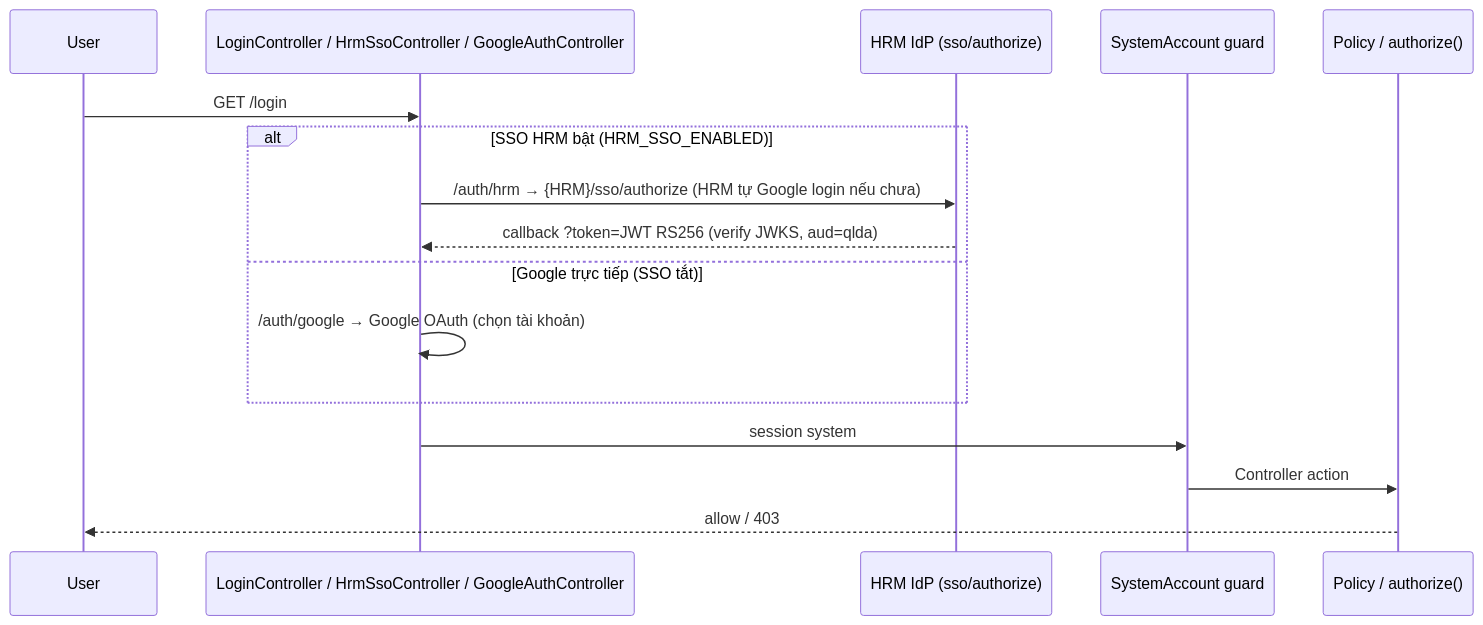
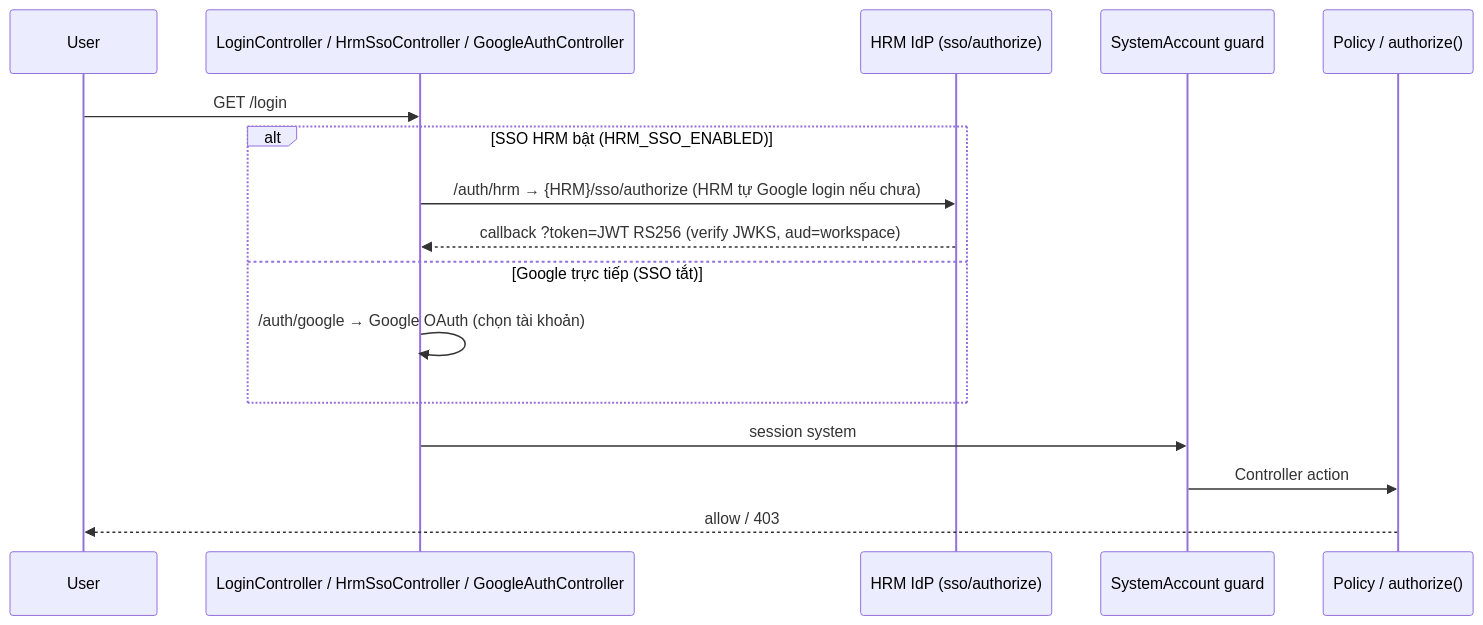
One commit to EasyToBuildWithKane/va-qlda changed the third of 10 diagrams in docs/FLOWS_AND_DOCS_MAP.md. Above: the diagram before and after it, drawn with Mermaid. The commit also changed other lines of this file and 181 other files, not shown here.

````diff
--- a/docs/FLOWS_AND_DOCS_MAP.md
+++ b/docs/FLOWS_AND_DOCS_MAP.md
@@ -82,19 +82,19 @@
 ```mermaid
 sequenceDiagram
   participant U as User
   participant L as LoginController / HrmSsoController / GoogleAuthController
   participant H as HRM IdP (sso/authorize)
   participant S as SystemAccount guard
   participant P as Policy / authorize()
 
   U->>L: GET /login
   alt SSO HRM bật (HRM_SSO_ENABLED)
     L->>H: /auth/hrm → {HRM}/sso/authorize (HRM tự Google login nếu chưa)
-    H-->>L: callback ?token=JWT RS256 (verify JWKS, aud=qlda)
+    H-->>L: callback ?token=JWT RS256 (verify JWKS, aud=workspace)
   else Google trực tiếp (SSO tắt)
     L->>L: /auth/google → Google OAuth (chọn tài khoản)
   end
   L->>S: session system
   S->>P: Controller action
   P-->>U: allow / 403
 ```
````
